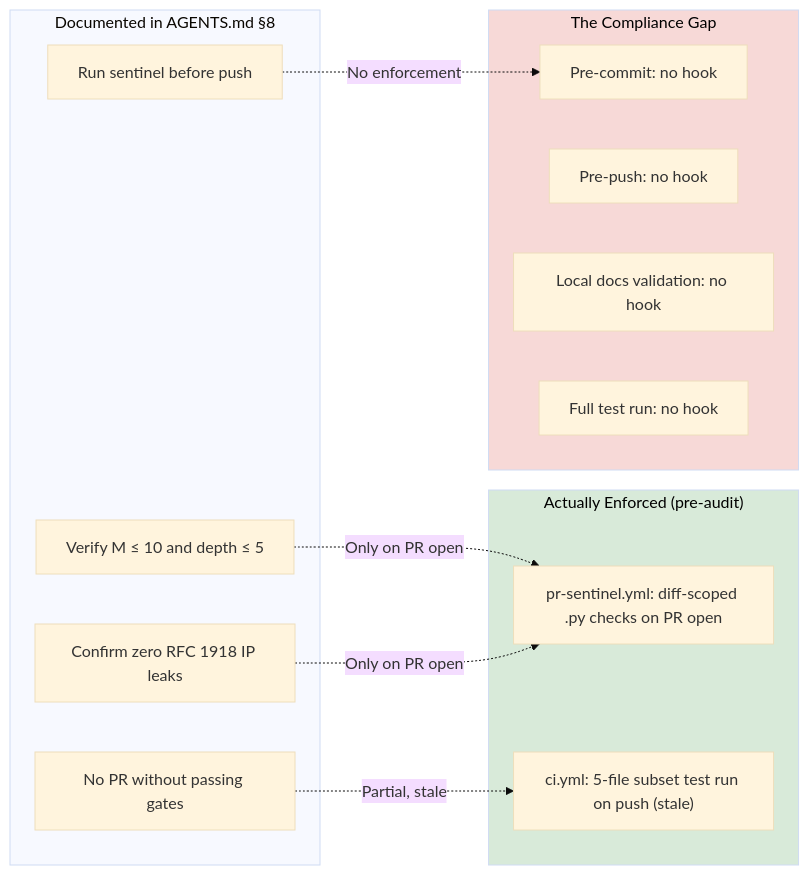
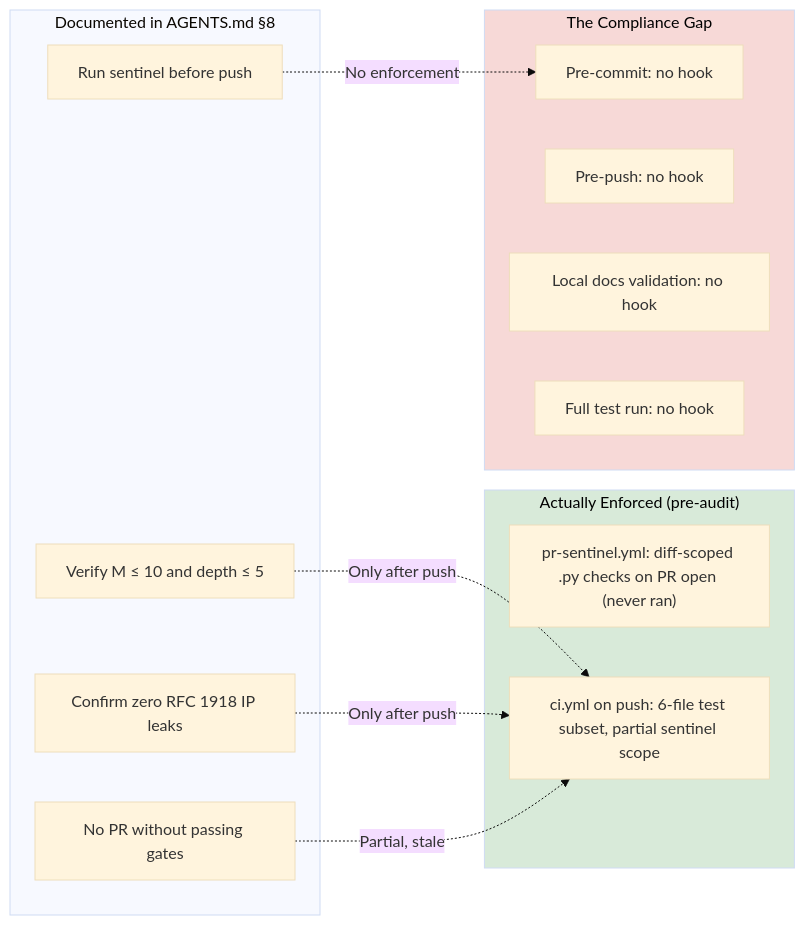
One commit to dan-petty/vibes changed the diagram in observations/systems/08-convention-to-mechanical-enforcement-inversion.md. Above: the diagram before and after it, drawn with Mermaid (base theme). The commit also changed other lines of this file and 248 other files, not shown here.

````diff
--- a/observations/systems/08-convention-to-mechanical-enforcement-inversion.md
+++ b/observations/systems/08-convention-to-mechanical-enforcement-inversion.md
@@ -29,29 +29,29 @@
 ```mermaid
 flowchart LR
     subgraph Documented["Documented in AGENTS.md §8"]
         D1["Run sentinel before push"]
         D2["Verify M ≤ 10 and depth ≤ 5"]
         D3["Confirm zero RFC 1918 IP leaks"]
         D4["No PR without passing gates"]
     end
 
     subgraph Enforced["Actually Enforced (pre-audit)"]
-        E1["pr-sentinel.yml: diff-scoped .py checks on PR open"]
-        E2["ci.yml: 5-file subset test run on push (stale)"]
+        E1["pr-sentinel.yml: diff-scoped .py checks on PR open (never ran)"]
+        E2["ci.yml on push: 6-file test subset, partial sentinel scope"]
     end
 
     subgraph Gap["The Compliance Gap"]
         G1["Pre-commit: no hook"]
         G2["Pre-push: no hook"]
         G3["Local docs validation: no hook"]
         G4["Full test run: no hook"]
     end
 
     D1 -.->|"No enforcement"| G1
-    D2 -.->|"Only on PR open"| E1
-    D3 -.->|"Only on PR open"| E1
+    D2 -.->|"Only after push"| E2
+    D3 -.->|"Only after push"| E2
     D4 -.->|"Partial, stale"| E2
 
     style Gap fill:#f7d9d7,color:#000
     style Enforced fill:#d8ead9,color:#000
 ```
````
